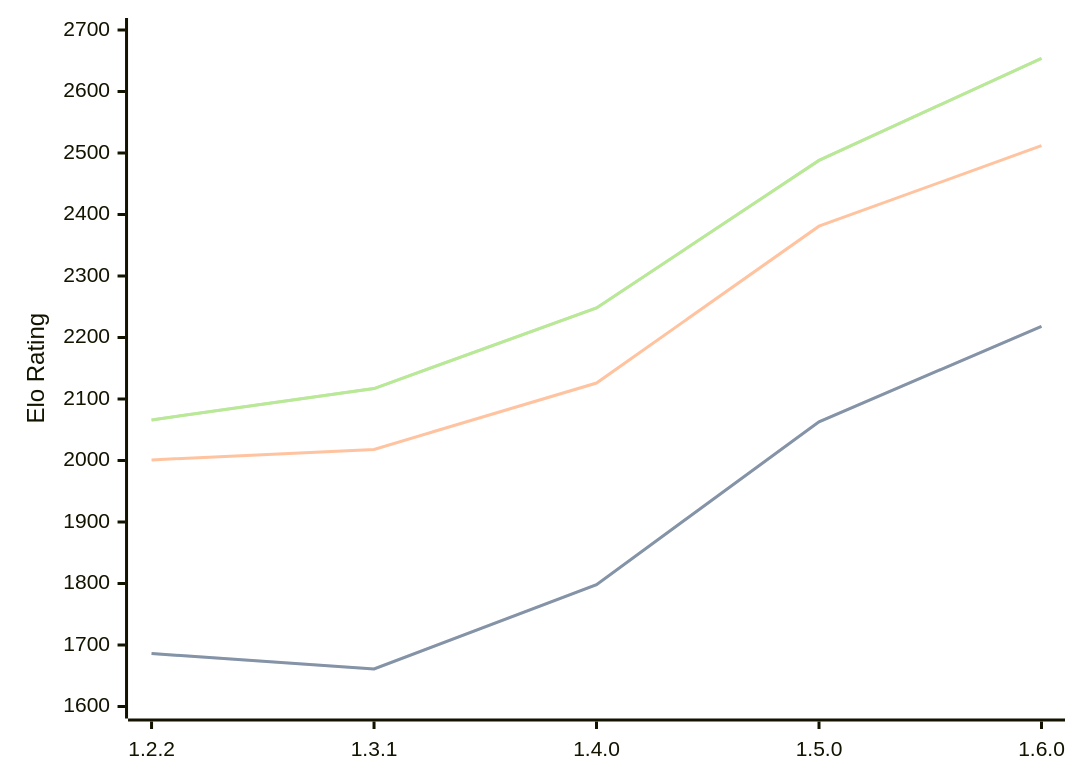
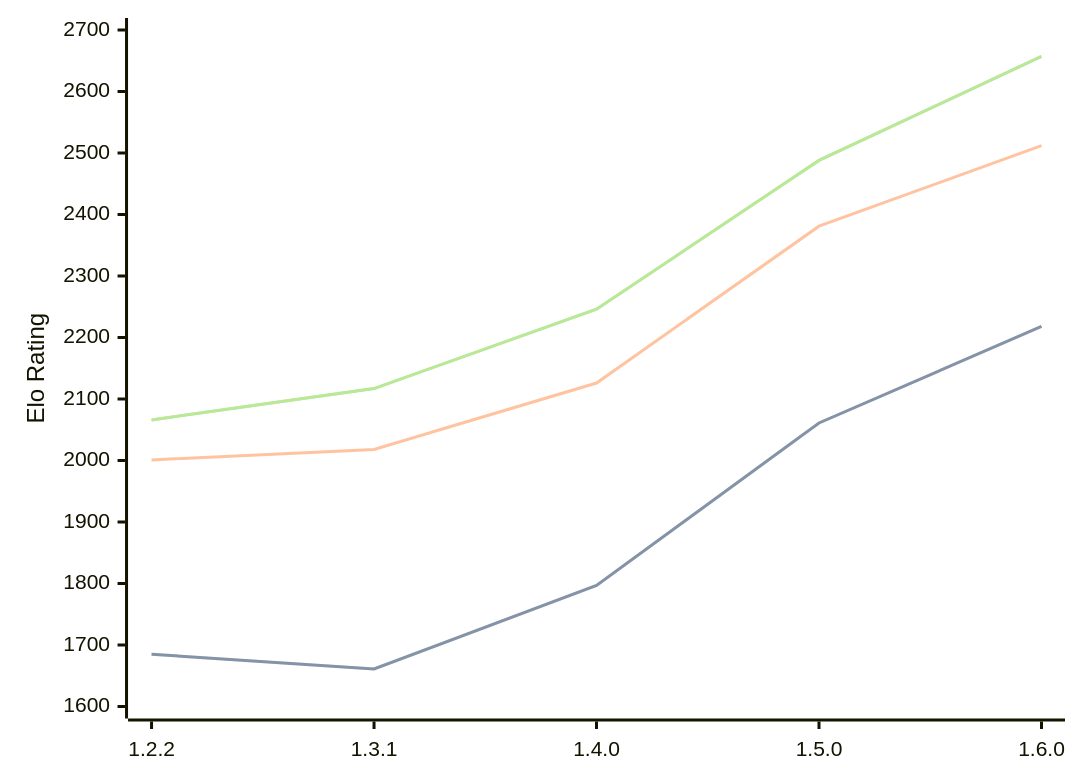
Before and after one commit to computer-chess-index/cci: the diagram in engines/SoloEngine.md, drawn with Mermaid. The commit also changed other lines of this file, not shown here.

Commit message:
Update CCI Ratings (ELO VLTC) - 2026-03-16

````diff
--- a/engines/SoloEngine.md
+++ b/engines/SoloEngine.md
@@ -33,11 +33,11 @@
 ```mermaid
 %%{init: {"theme":"base","themeVariables":{"seriesColors:['#a3a3a3','#222221','#faa371']}}}%%
 xychart-beta
   x-axis ["1.2.2", "1.3.1", "1.4.0", "1.5.0", "1.6.0"]
   y-axis "Elo Rating" 1600 --> 2700
-  line "STC (8.0+0.08s)" [1686, 1661, 1798, 2063, 2218]
-  line "STC (8.0+0.08s)" [1686, 1661, 1798, 2063, 2218]
+  line "STC (8.0+0.08s)" [1685, 1661, 1797, 2061, 2218]
+  line "STC (8.0+0.08s)" [1685, 1661, 1797, 2061, 2218]
   line "LTC (60.0+0.60s)" [2001, 2018, 2126, 2381, 2512]
-  line "VLTC (2m24s+1.12s)" [2066, 2117, 2248, 2488, 2654]
-  line "VLTC (2m24s+1.12s)" [2066, 2117, 2248, 2488, 2654]
+  line "VLTC (2m24s+1.12s)" [2066, 2117, 2246, 2488, 2657]
+  line "VLTC (2m24s+1.12s)" [2066, 2117, 2246, 2488, 2657]
 ```
````
